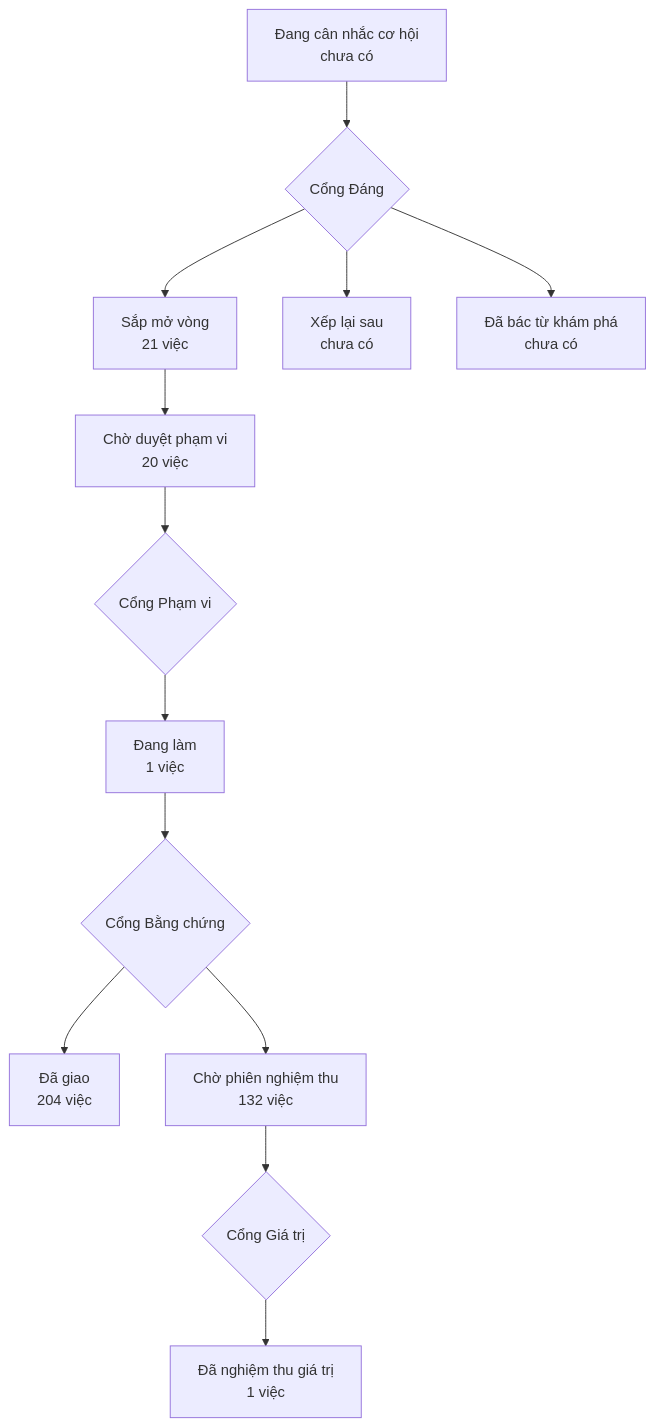
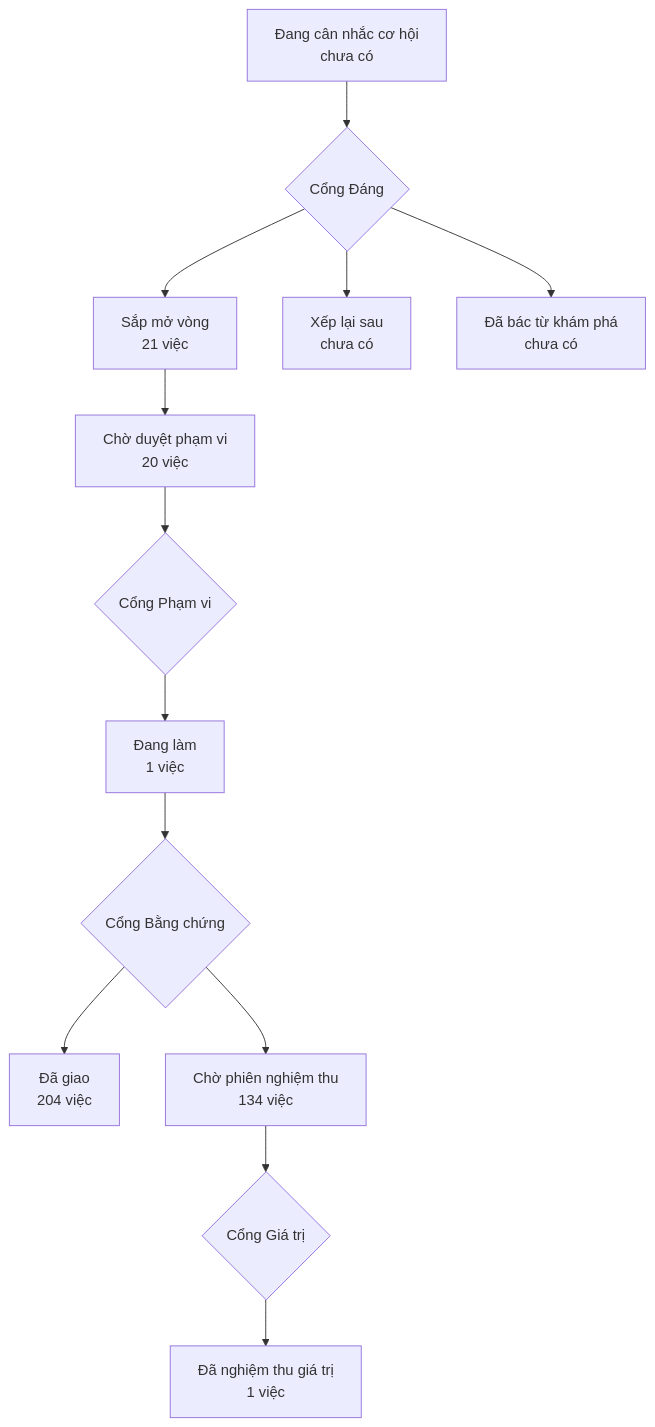
The diagram in PRODUCT-MAP.md (phanlemanh/onehub-invest), drawn with Mermaid before and after one commit. The commit also changed other lines of this file and 1 other file, not shown here.

Commit message:
chore: vẽ lại bản đồ sau khi nhận main

````diff
--- a/PRODUCT-MAP.md
+++ b/PRODUCT-MAP.md
@@ -7,12 +7,12 @@
 ```mermaid
 flowchart TD
   A["Đang cân nhắc cơ hội<br/>chưa có"] --> GD{"Cổng Đáng"}
   GD --> B["Sắp mở vòng<br/>21 việc"]
   GD --> XL["Xếp lại sau<br/>chưa có"]
   GD --> DB["Đã bác từ khám phá<br/>chưa có"]
   B --> CD["Chờ duyệt phạm vi<br/>20 việc"] --> GP{"Cổng Phạm vi"}
   GP --> DL["Đang làm<br/>1 việc"] --> GB{"Cổng Bằng chứng"}
   GB --> DG["Đã giao<br/>204 việc"]
-  GB --> CN["Chờ phiên nghiệm thu<br/>132 việc"] --> GG{"Cổng Giá trị"}
+  GB --> CN["Chờ phiên nghiệm thu<br/>134 việc"] --> GG{"Cổng Giá trị"}
   GG --> NT["Đã nghiệm thu giá trị<br/>1 việc"]
 ```
````
